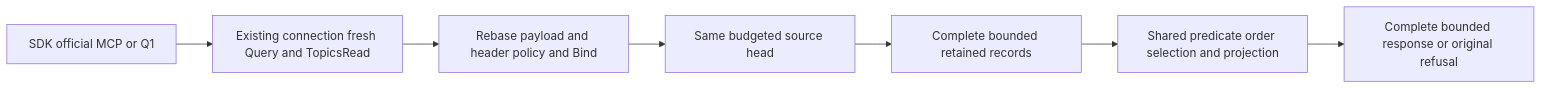
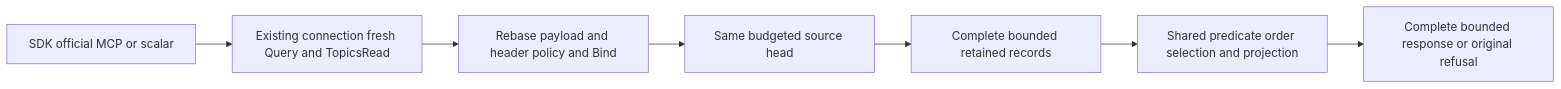
One commit to managedcode/KeyLoad changed the second of 3 diagrams in docs/Features/QueryExecution.md. Above: the diagram before and after it, drawn with Mermaid. The commit also changed other lines of this file and 856 other files, not shown here.

````diff
--- a/docs/Features/QueryExecution.md
+++ b/docs/Features/QueryExecution.md
@@ -108,9 +108,9 @@
 ```mermaid
 flowchart LR
-    Public[SDK official MCP or Q1] --> Auth[Existing connection fresh Query and TopicsRead]
+    Public[SDK official MCP or scalar] --> Auth[Existing connection fresh Query and TopicsRead]
     Auth --> Bind[Rebase payload and header policy and Bind]
     Bind --> Head[Same budgeted source head]
     Head --> Rows[Complete bounded retained records]
     Rows --> Project[Shared predicate order selection and projection]
     Project --> Result[Complete bounded response or original refusal]
 ```
````
